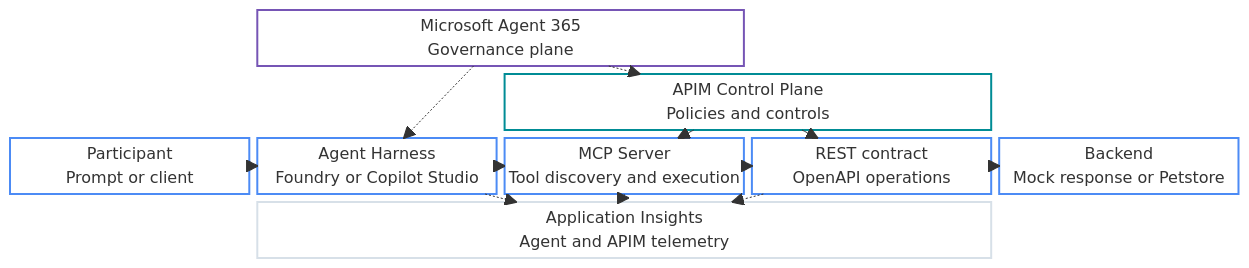
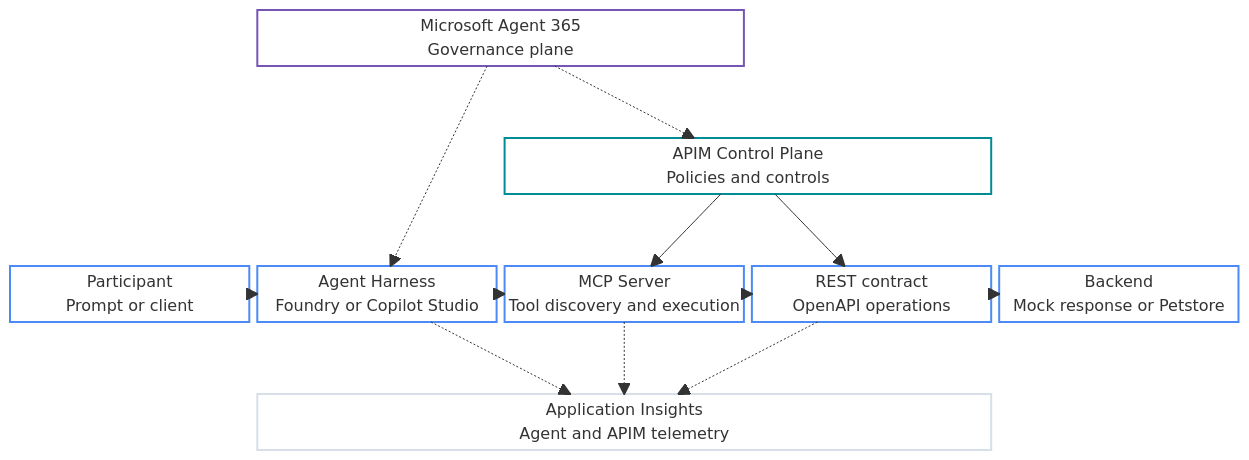
Before and after one commit to yurilausberg/foundry-apim-mcp-workshop: the diagram in docs/architecture.md, drawn with Mermaid.

Commit message:
Add vertical spacing to architecture diagram
Insert dedicated spacer rows between governance, control, runtime, and observability layers so the Mermaid connectors remain visible.

Copilot-Session: aa1a2148-b4d0-4cc5-94ea-497594b4b72a

````diff
--- a/docs/architecture.md
+++ b/docs/architecture.md
@@ -3,31 +3,34 @@
 ```mermaid
 block-beta
     columns 5
     space Agent365["Microsoft Agent 365<br/>Governance plane"]:2 space:2
+    space:5
     space:2 APIM["APIM Control Plane<br/>Policies and controls"]:2 space
+    space:5
     Participant["Participant<br/>Prompt or client"] Agent["Agent Harness<br/>Foundry or Copilot Studio"] MCP["MCP Server<br/>Tool discovery and execution"] Contract["REST contract<br/>OpenAPI operations"] Backend["Backend<br/>Mock response or Petstore"]
+    space:5
     space Insights["Application Insights<br/>Agent and APIM telemetry"]:3 space
 
     Participant --> Agent
     Agent --> MCP
     MCP --> Contract
     Contract --> Backend
 
     Agent365 -.-> Agent
     Agent365 -.-> APIM
     APIM --> MCP
     APIM --> Contract
 
     Agent -.-> Insights
     MCP -.-> Insights
     Contract -.-> Insights
 
     classDef governance fill:#ffffff,stroke:#7655b5,stroke-width:2px,color:#172b4d
     classDef control fill:#ffffff,stroke:#008c95,stroke-width:2px,color:#172b4d
     classDef runtime fill:#ffffff,stroke:#4c8bf5,stroke-width:2px,color:#172b4d
     classDef observe fill:#ffffff,stroke:#d7e0e8,stroke-width:2px,color:#172b4d
     class Agent365 governance
     class APIM control
     class Participant,Agent,MCP,Contract,Backend runtime
     class Insights observe
 ```
````
